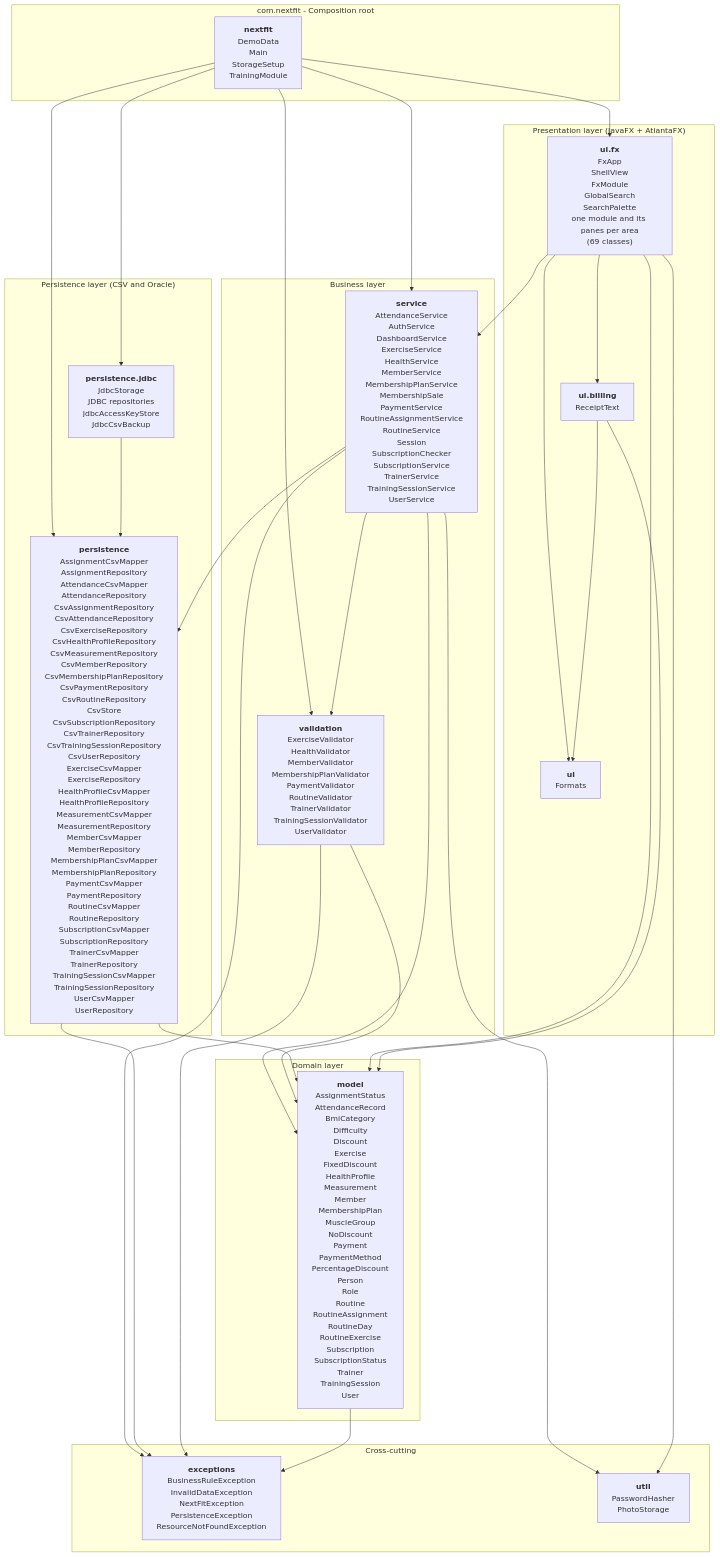
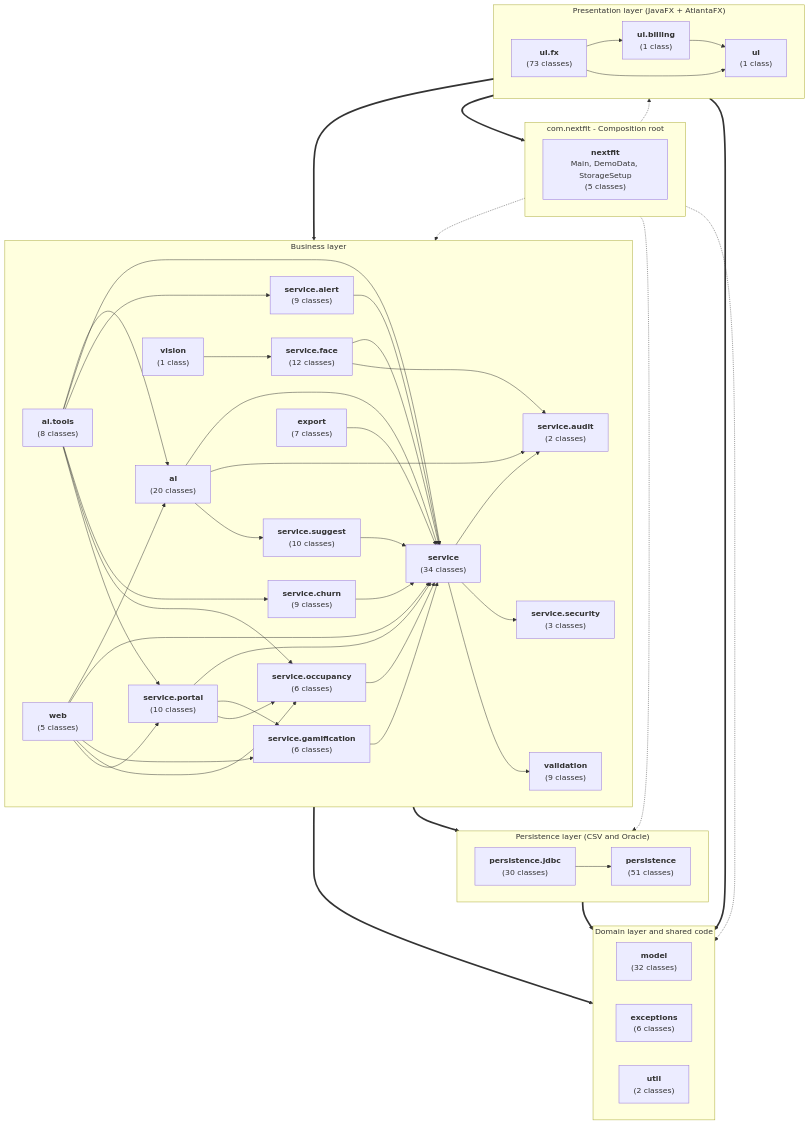
The diagram in docs/layers-diagram.md (Deliner2501/NextFit), drawn with Mermaid before and after one commit. The commit also changed other lines of this file and 5 other files, not shown here.

Commit message:
docs: generate the package diagram, class diagrams and class catalog from the code

````diff
--- a/docs/layers-diagram.md
+++ b/docs/layers-diagram.md
@@ -7,59 +9,81 @@
 ```mermaid
 graph TD
     subgraph ROOT["com.nextfit - Composition root"]
-        R["<b>nextfit</b><br/>DemoData<br/>Main<br/>StorageSetup<br/>TrainingModule"]
+        P__root_["<b>nextfit</b><br/>Main, DemoData, StorageSetup<br/>(5 classes)"]
     end
-
     subgraph PRES["Presentation layer (JavaFX + AtlantaFX)"]
-        UI["<b>ui</b><br/>Formats"]
-        UIB["<b>ui.billing</b><br/>ReceiptText"]
-        UIF["<b>ui.fx</b><br/>FxApp<br/>ShellView<br/>FxModule<br/>GlobalSearch<br/>SearchPalette<br/>one module and its panes per area<br/>(69 classes)"]
+        P_ui["<b>ui</b><br/>(1 class)"]
+        P_ui_billing["<b>ui.billing</b><br/>(1 class)"]
+        P_ui_fx["<b>ui.fx</b><br/>(73 classes)"]
     end
-
     subgraph BUS["Business layer"]
-        SV["<b>service</b><br/>AttendanceService<br/>AuthService<br/>DashboardService<br/>ExerciseService<br/>HealthService<br/>MemberService<br/>MembershipPlanService<br/>MembershipSale<br/>PaymentService<br/>RoutineAssignmentService<br/>RoutineService<br/>Session<br/>SubscriptionChecker<br/>SubscriptionService<br/>TrainerService<br/>TrainingSessionService<br/>UserService"]
-        VA["<b>validation</b><br/>ExerciseValidator<br/>HealthValidator<br/>MemberValidator<br/>MembershipPlanValidator<br/>PaymentValidator<br/>RoutineValidator<br/>TrainerValidator<br/>TrainingSessionValidator<br/>UserValidator"]
+        P_service["<b>service</b><br/>(34 classes)"]
+        P_service_alert["<b>service.alert</b><br/>(9 classes)"]
+        P_service_audit["<b>service.audit</b><br/>(2 classes)"]
+        P_service_churn["<b>service.churn</b><br/>(9 classes)"]
+        P_service_face["<b>service.face</b><br/>(12 classes)"]
+        P_service_gamification["<b>service.gamification</b><br/>(6 classes)"]
+        P_service_occupancy["<b>service.occupancy</b><br/>(6 classes)"]
+        P_service_portal["<b>service.portal</b><br/>(10 classes)"]
+        P_service_security["<b>service.security</b><br/>(3 classes)"]
+        P_service_suggest["<b>service.suggest</b><br/>(10 classes)"]
+        P_validation["<b>validation</b><br/>(9 classes)"]
+        P_export["<b>export</b><br/>(7 classes)"]
+        P_ai["<b>ai</b><br/>(20 classes)"]
+        P_ai_tools["<b>ai.tools</b><br/>(8 classes)"]
+        P_web["<b>web</b><br/>(5 classes)"]
+        P_vision["<b>vision</b><br/>(1 class)"]
     end
-
     subgraph DATA["Persistence layer (CSV and Oracle)"]
-        JD["<b>persistence.jdbc</b><br/>JdbcStorage<br/>JDBC repositories<br/>JdbcAccessKeyStore<br/>JdbcCsvBackup"]
-        PE["<b>persistence</b><br/>AssignmentCsvMapper<br/>AssignmentRepository<br/>AttendanceCsvMapper<br/>AttendanceRepository<br/>CsvAssignmentRepository<br/>CsvAttendanceRepository<br/>CsvExerciseRepository<br/>CsvHealthProfileRepository<br/>CsvMeasurementRepository<br/>CsvMemberRepository<br/>CsvMembershipPlanRepository<br/>CsvPaymentRepository<br/>CsvRoutineRepository<br/>CsvStore<br/>CsvSubscriptionRepository<br/>CsvTrainerRepository<br/>CsvTrainingSessionRepository<br/>CsvUserRepository<br/>ExerciseCsvMapper<br/>ExerciseRepository<br/>HealthProfileCsvMapper<br/>HealthProfileRepository<br/>MeasurementCsvMapper<br/>MeasurementRepository<br/>MemberCsvMapper<br/>MemberRepository<br/>MembershipPlanCsvMapper<br/>MembershipPlanRepository<br/>PaymentCsvMapper<br/>PaymentRepository<br/>RoutineCsvMapper<br/>RoutineRepository<br/>SubscriptionCsvMapper<br/>SubscriptionRepository<br/>TrainerCsvMapper<br/>TrainerRepository<br/>TrainingSessionCsvMapper<br/>TrainingSessionRepository<br/>UserCsvMapper<br/>UserRepository"]
+        P_persistence["<b>persistence</b><br/>(51 classes)"]
+        P_persistence_jdbc["<b>persistence.jdbc</b><br/>(30 classes)"]
     end
-
-    subgraph DOM["Domain layer"]
-        MO["<b>model</b><br/>AssignmentStatus<br/>AttendanceRecord<br/>BmiCategory<br/>Difficulty<br/>Discount<br/>Exercise<br/>FixedDiscount<br/>HealthProfile<br/>Measurement<br/>Member<br/>MembershipPlan<br/>MuscleGroup<br/>NoDiscount<br/>Payment<br/>PaymentMethod<br/>PercentageDiscount<br/>Person<br/>Role<br/>Routine<br/>RoutineAssignment<br/>RoutineDay<br/>RoutineExercise<br/>Subscription<br/>SubscriptionStatus<br/>Trainer<br/>TrainingSession<br/>User"]
+    subgraph DOM["Domain layer and shared code"]
+        P_model["<b>model</b><br/>(32 classes)"]
+        P_exceptions["<b>exceptions</b><br/>(6 classes)"]
+        P_util["<b>util</b><br/>(2 classes)"]
     end
-
-    subgraph CROSS["Cross-cutting"]
-        EX["<b>exceptions</b><br/>BusinessRuleException<br/>InvalidDataException<br/>NextFitException<br/>PersistenceException<br/>ResourceNotFoundException"]
-        UT["<b>util</b><br/>PasswordHasher<br/>PhotoStorage"]
-    end
-
-    R --> UIF
-    R --> SV
-    R --> PE
-    R --> JD
-    JD --> PE
-    R --> VA
-
-    UIF --> UI
-    UIF --> UIB
-    UIB --> UI
-
-    UIF --> SV
-
-    SV --> VA
-    SV --> PE
-    SV --> MO
-    VA --> MO
-    PE --> MO
-    UIF --> MO
-    UIB --> MO
-
-    SV --> UT
-    UIF --> UT
-    SV --> EX
-    PE --> EX
-    VA --> EX
-    MO --> EX
+    P_ai --> P_service
+    P_ai --> P_service_audit
+    P_ai --> P_service_suggest
+    P_ai_tools --> P_ai
+    P_ai_tools --> P_service
+    P_ai_tools --> P_service_alert
+    P_ai_tools --> P_service_churn
+    P_ai_tools --> P_service_occupancy
+    P_ai_tools --> P_service_portal
+    P_export --> P_service
+    P_persistence_jdbc --> P_persistence
+    P_service --> P_service_audit
+    P_service --> P_service_security
+    P_service --> P_validation
+    P_service_alert --> P_service
+    P_service_churn --> P_service
+    P_service_face --> P_service
+    P_service_face --> P_service_audit
+    P_service_gamification --> P_service
+    P_service_occupancy --> P_service
+    P_service_portal --> P_service
+    P_service_portal --> P_service_gamification
+    P_service_portal --> P_service_occupancy
+    P_service_suggest --> P_service
+    P_ui_billing --> P_ui
+    P_ui_fx --> P_ui
+    P_ui_fx --> P_ui_billing
+    P_vision --> P_service_face
+    P_web --> P_ai
+    P_web --> P_service
+    P_web --> P_service_gamification
+    P_web --> P_service_occupancy
+    P_web --> P_service_portal
+    BUS ==> DATA
+    BUS ==> DOM
+    DATA ==> DOM
+    PRES ==> BUS
+    PRES ==> DOM
+    PRES ==> ROOT
+    ROOT -.-> PRES
+    ROOT -.-> BUS
+    ROOT -.-> DATA
+    ROOT -.-> DOM
 ```
````
